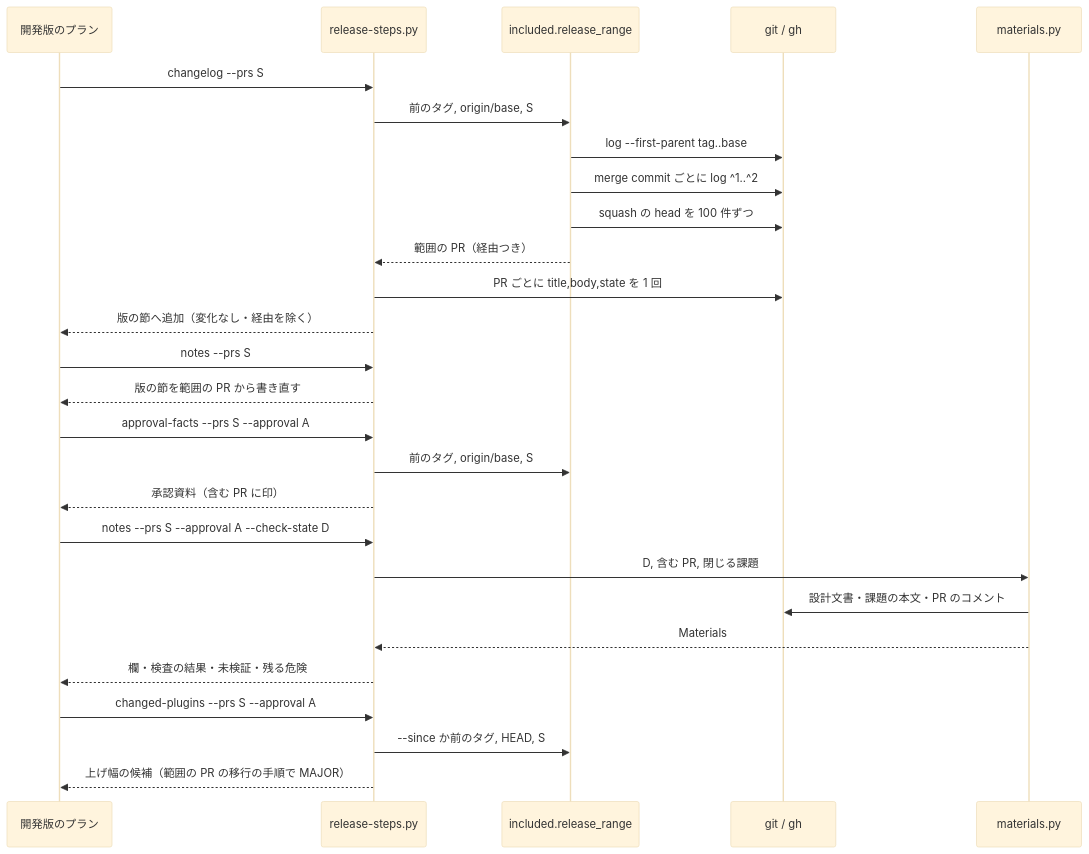
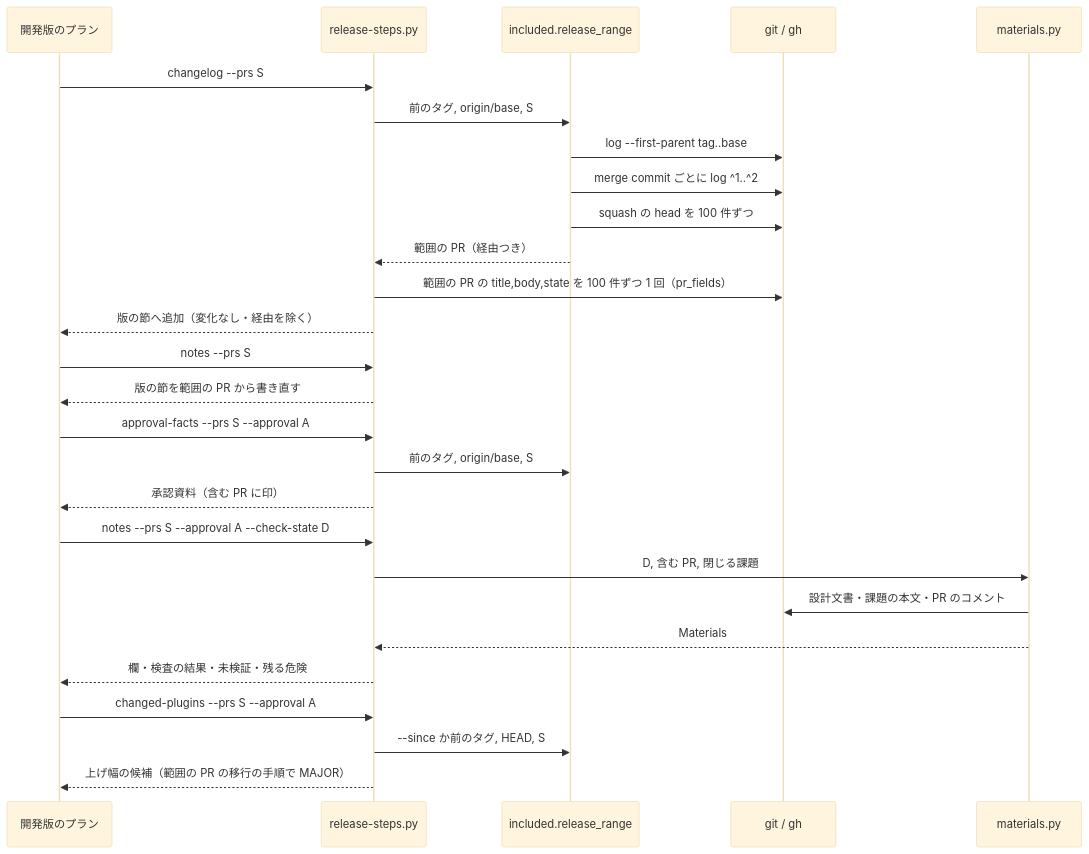
One commit to devbasex/ai-plugins changed the third of 3 diagrams in issues/issue-1885-design.md. Above: the diagram before and after it, drawn with Mermaid (base theme). The commit also changed other lines of this file, not shown here.

````diff
--- a/issues/issue-1885-design.md
+++ b/issues/issue-1885-design.md
@@ -279,29 +281,29 @@
 ```mermaid
 sequenceDiagram
   participant P as 開発版のプラン
   participant RS as release-steps.py
   participant INC as included.release_range
   participant G as git / gh
   participant MAT as materials.py
   P->>RS: changelog --prs S
   RS->>INC: 前のタグ, origin/base, S
   INC->>G: log --first-parent tag..base
   INC->>G: merge commit ごとに log ^1..^2
   INC->>G: squash の head を 100 件ずつ
   INC-->>RS: 範囲の PR（経由つき）
-  RS->>G: PR ごとに title,body,state を 1 回
+  RS->>G: 範囲の PR の title,body,state を 100 件ずつ 1 回（pr_fields）
   RS-->>P: 版の節へ追加（変化なし・経由を除く）
   P->>RS: notes --prs S
   RS-->>P: 版の節を範囲の PR から書き直す
   P->>RS: approval-facts --prs S --approval A
   RS->>INC: 前のタグ, origin/base, S
   RS-->>P: 承認資料（含む PR に印）
   P->>RS: notes --prs S --approval A --check-state D
   RS->>MAT: D, 含む PR, 閉じる課題
   MAT->>G: 設計文書・課題の本文・PR のコメント
   MAT-->>RS: Materials
   RS-->>P: 欄・検査の結果・未検証・残る危険
   P->>RS: changed-plugins --prs S --approval A
   RS->>INC: --since か前のタグ, HEAD, S
   RS-->>P: 上げ幅の候補（範囲の PR の移行の手順で MAJOR）
 ```
````
